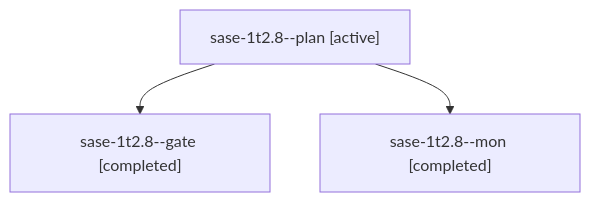
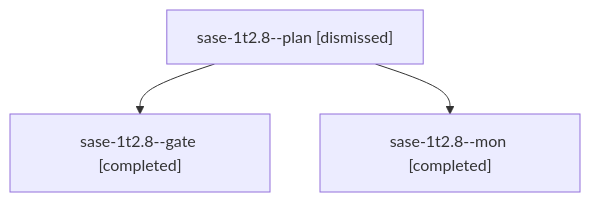
Before and after one commit to sase-org/sase--agents: the diagram in sessions/bbugyi200.athena.sase-1t2.8.md, drawn with Mermaid. The commit also changed other lines of this file and 267 other files, not shown here.

````diff
--- a/sessions/bbugyi200.athena.sase-1t2.8.md
+++ b/sessions/bbugyi200.athena.sase-1t2.8.md
@@ -9,8 +9,8 @@
 ```mermaid
 flowchart TD
-  n0["sase-1t2.8--plan [active]"]
+  n0["sase-1t2.8--plan [dismissed]"]
   n1["sase-1t2.8--gate [completed]"]
   n0 --> n1
   n2["sase-1t2.8--mon [completed]"]
   n0 --> n2
 ```
````
